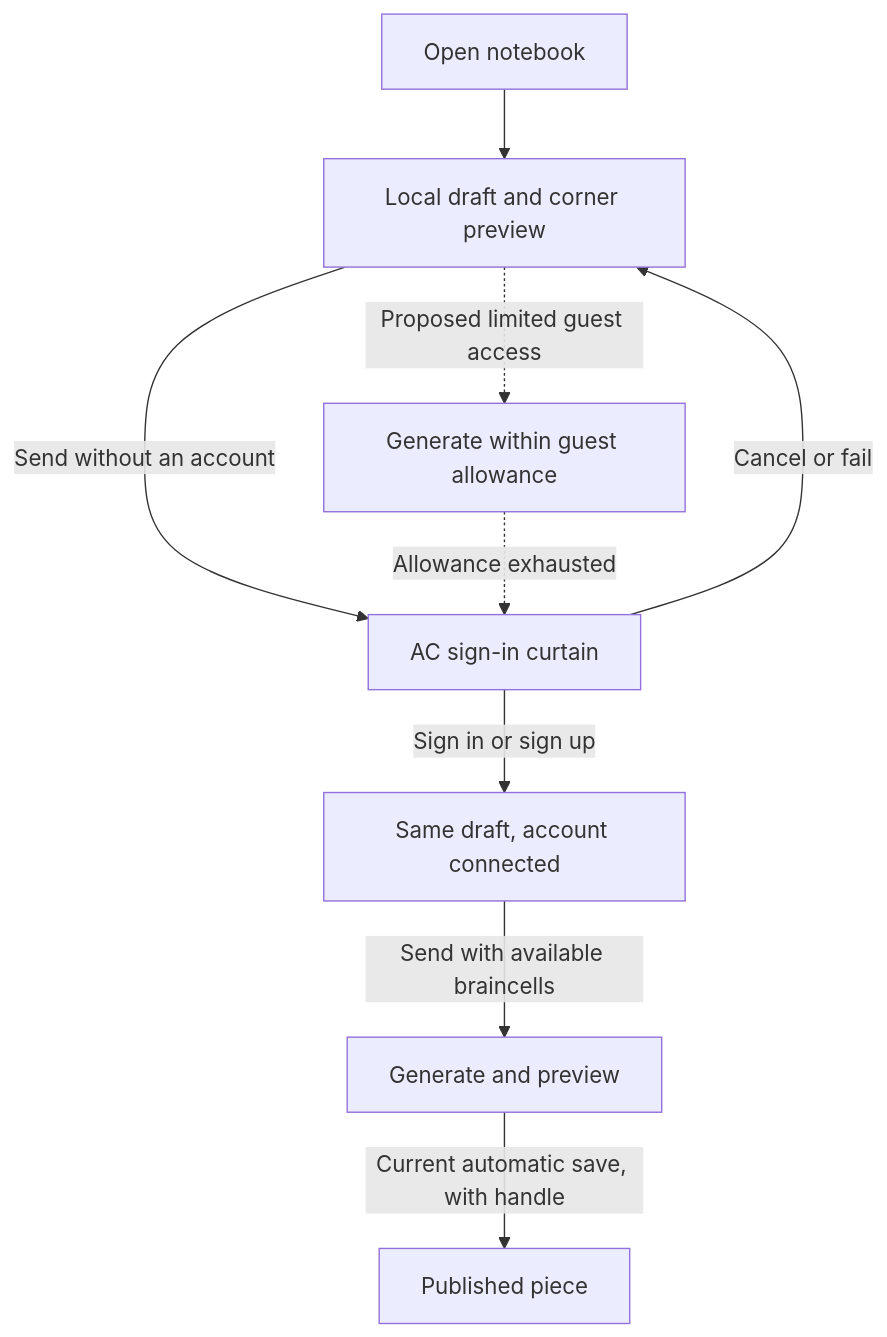
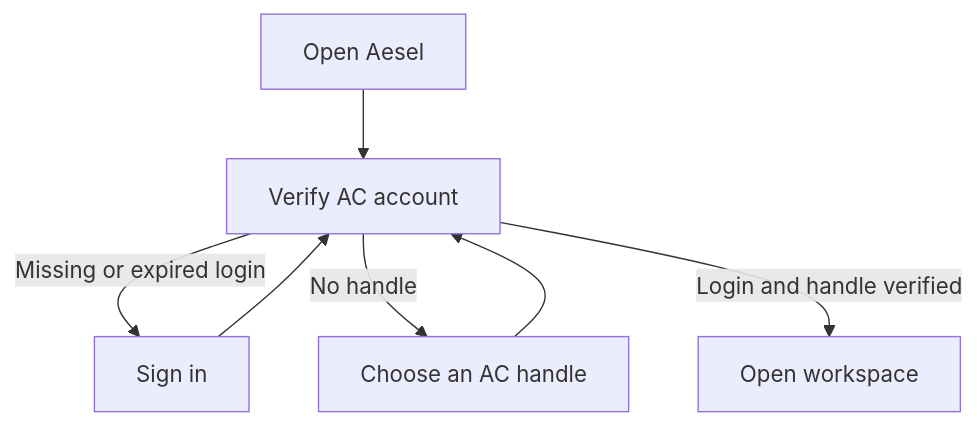
Before and after one commit to whistlegraph/aesthetic-computer: the diagram in apple/aesel/EXPERIENCE.md, drawn with Mermaid. The commit also changed other lines of this file and 333 other files, not shown here.

````diff
--- a/apple/aesel/EXPERIENCE.md
+++ b/apple/aesel/EXPERIENCE.md
@@ -10,11 +14,9 @@
 ```mermaid
 flowchart TD
-    Open[Open notebook] --> Draft[Local draft and corner preview]
-    Draft -->|Send without an account| Curtain[AC sign-in curtain]
-    Curtain -->|Cancel or fail| Draft
-    Curtain -->|Sign in or sign up| Account[Same draft, account connected]
-    Account -->|Send with available braincells| Generate[Generate and preview]
-    Generate -->|Current automatic save, with handle| Public[Published piece]
-    Draft -. Proposed limited guest access .-> Guest[Generate within guest allowance]
-    Guest -. Allowance exhausted .-> Curtain
+    Open[Open Aesel] --> Verify[Verify AC account]
+    Verify -->|Missing or expired login| Login[Sign in]
+    Login --> Verify
+    Verify -->|No handle| Handle[Choose an AC handle]
+    Handle --> Verify
+    Verify -->|Login and handle verified| Work[Open workspace]
 ```
````
